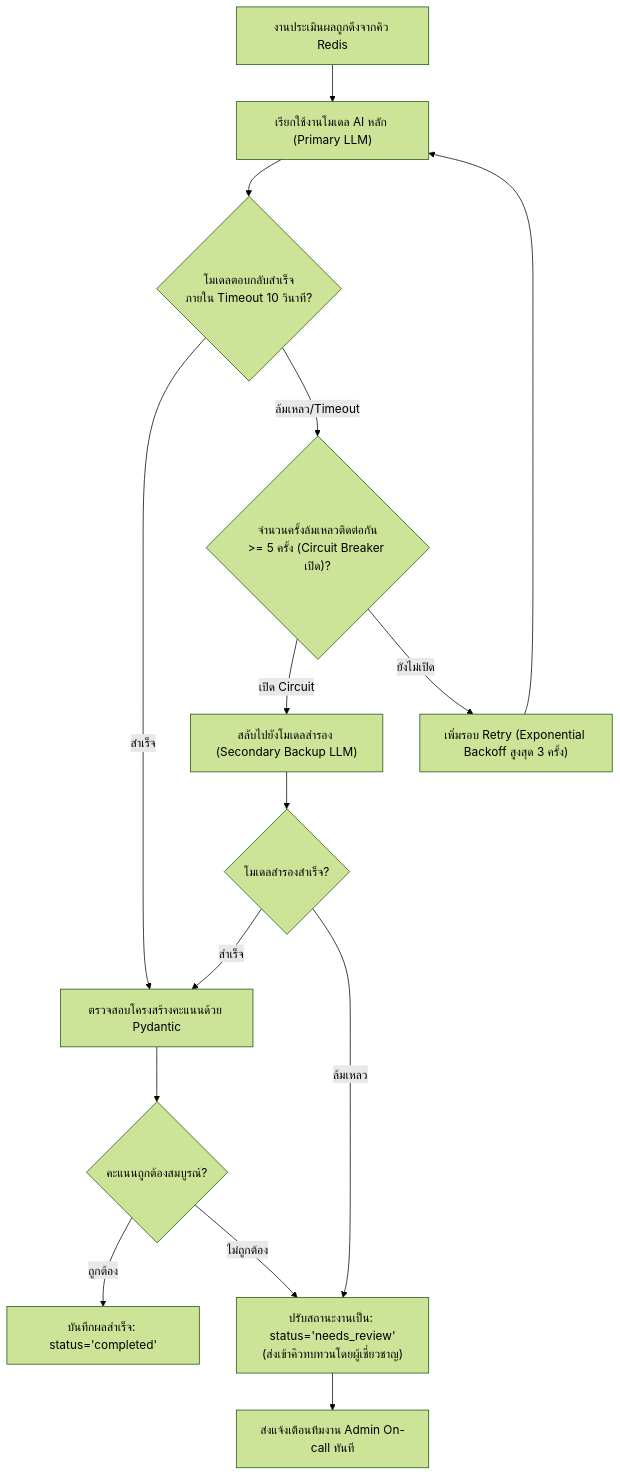
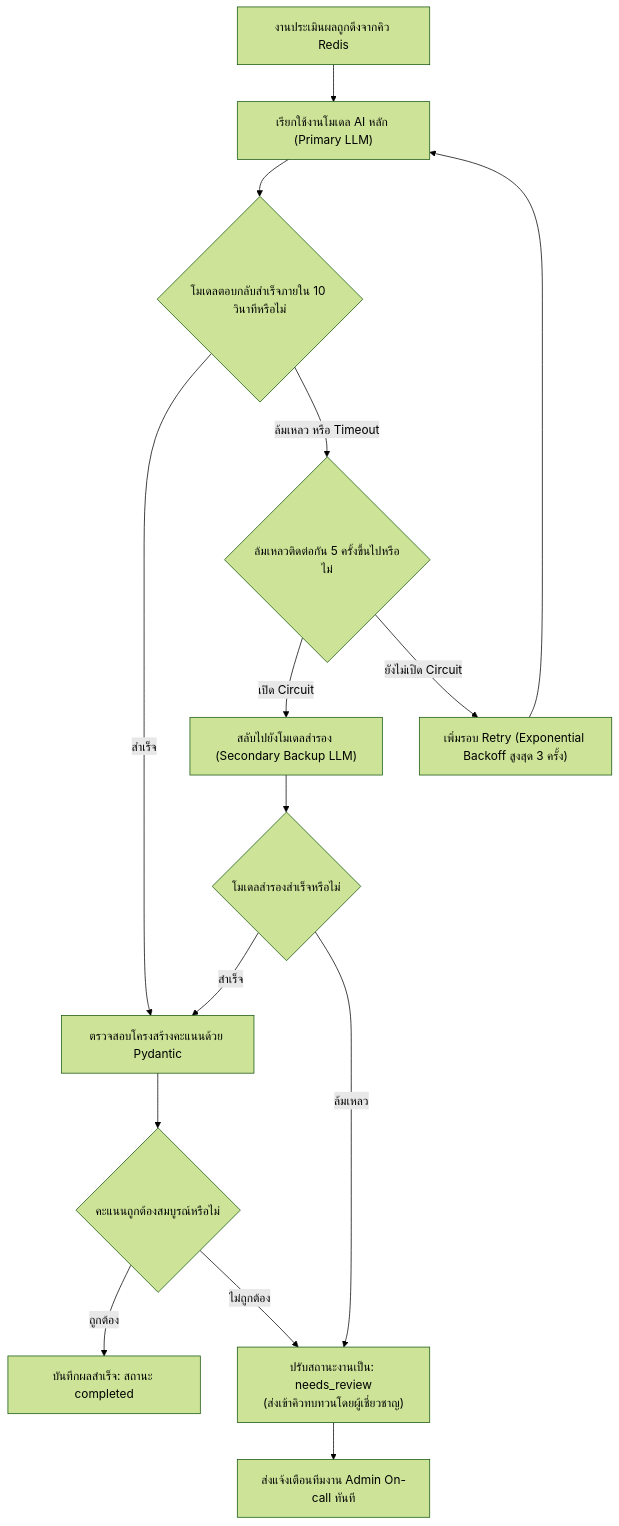
Diagram 24 of 26 in docs-interviex/03_SRS_Requirements/InterviewX_SRS_Report_Revised_TH.md (Phoomss/interviewx-datahub), drawn with Mermaid (forest theme) before and after one commit. The commit also changed other lines of this file and 21 other files, not shown here.

Commit message:
fix error Unable to render rich display for all diagram

````diff
--- a/docs-interviex/03_SRS_Requirements/InterviewX_SRS_Report_Revised_TH.md
+++ b/docs-interviex/03_SRS_Requirements/InterviewX_SRS_Report_Revised_TH.md
@@ -2212,21 +2221,21 @@
 ```mermaid
 flowchart TD
  Start["งานประเมินผลถูกดึงจากคิว Redis"] --> CallAI["เรียกใช้งานโมเดล AI หลัก (Primary LLM)"]
- CallAI --> CheckSuccess{"โมเดลตอบกลับสำเร็จ\nภายใน Timeout 10 วินาที?"}
+ CallAI --> CheckSuccess{"โมเดลตอบกลับสำเร็จภายใน 10 วินาทีหรือไม่"}
 
  CheckSuccess -->|สำเร็จ| Validate["ตรวจสอบโครงสร้างคะแนนด้วย Pydantic"]
- Validate --> CheckValid{"คะแนนถูกต้องสมบูรณ์?"}
- CheckValid -->|ถูกต้อง| Complete["บันทึกผลสำเร็จ: status='completed'"]
+ Validate --> CheckValid{"คะแนนถูกต้องสมบูรณ์หรือไม่"}
+ CheckValid -->|ถูกต้อง| Complete["บันทึกผลสำเร็จ: สถานะ completed"]
 
- CheckSuccess -->|ล้มเหลว/Timeout| Trip{"จำนวนครั้งล้มเหลวติดต่อกัน\n>= 5 ครั้ง (Circuit Breaker เปิด)?"}
+ CheckSuccess -->|ล้มเหลว หรือ Timeout| Trip{"ล้มเหลวติดต่อกัน 5 ครั้งขึ้นไปหรือไม่"}
  Trip -->|เปิด Circuit| FallbackLLM["สลับไปยังโมเดลสำรอง (Secondary Backup LLM)"]
- Trip -->|ยังไม่เปิด| Retry["เพิ่มรอบ Retry (Exponential Backoff สูงสุด 3 ครั้ง)"]
+ Trip -->|ยังไม่เปิด Circuit| Retry["เพิ่มรอบ Retry (Exponential Backoff สูงสุด 3 ครั้ง)"]
  Retry --> CallAI
 
- FallbackLLM --> CheckFallback{"โมเดลสำรองสำเร็จ?"}
+ FallbackLLM --> CheckFallback{"โมเดลสำรองสำเร็จหรือไม่"}
  CheckFallback -->|สำเร็จ| Validate
- CheckFallback -->|ล้มเหลว| MarkReview["ปรับสถานะงานเป็น: status='needs_review'\n(ส่งเข้าคิวทบทวนโดยผู้เชี่ยวชาญ)"]
+ CheckFallback -->|ล้มเหลว| MarkReview["ปรับสถานะงานเป็น: needs_review<br/>(ส่งเข้าคิวทบทวนโดยผู้เชี่ยวชาญ)"]
  CheckValid -->|ไม่ถูกต้อง| MarkReview
 
  MarkReview --> Alert["ส่งแจ้งเตือนทีมงาน Admin On-call ทันที"]
 ```
````
